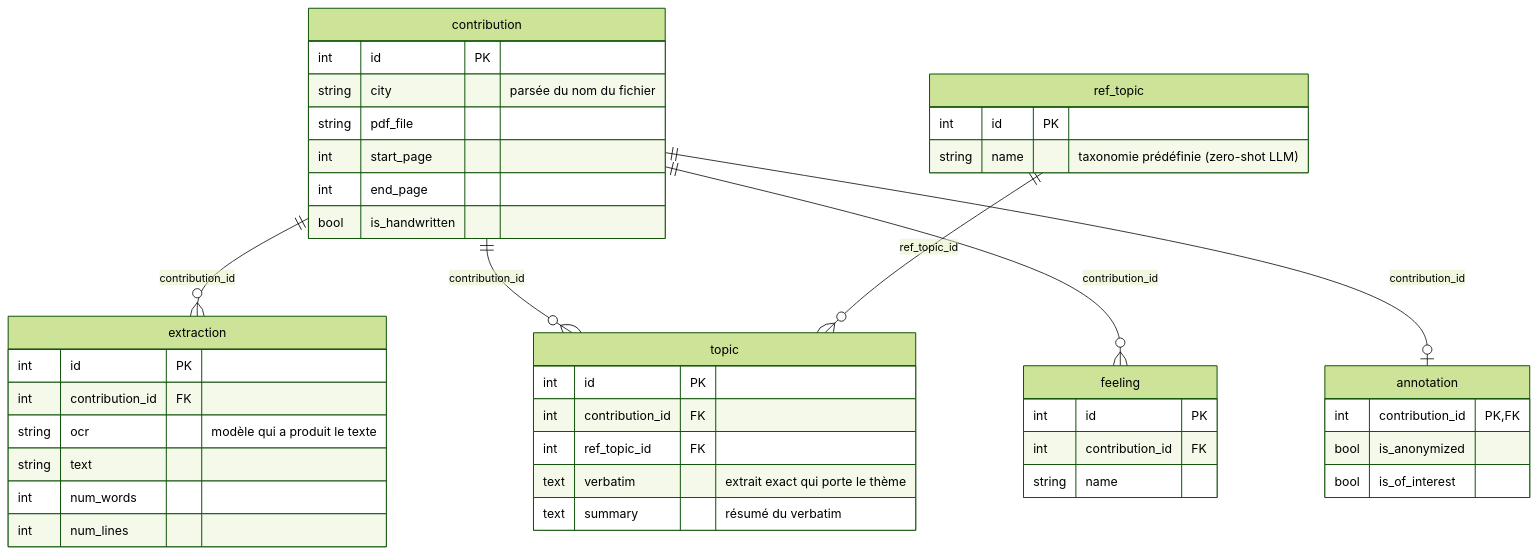
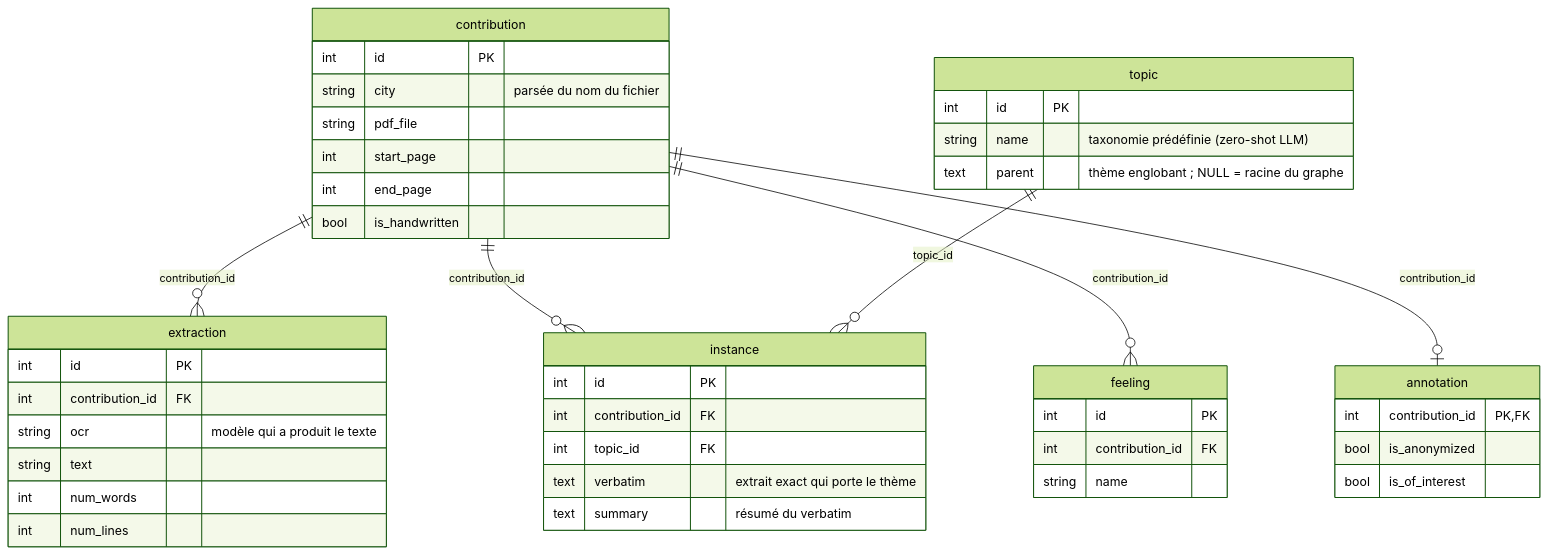
Before and after one commit to JBAujogue/cahier_doleances: the diagram in database/README.md, drawn with Mermaid (forest theme). The commit also changed other lines of this file and 6 other files, not shown here.

Commit message:
refactor: renomme topic->instance et ref_topic->topic, parent sur le référentiel

````diff
--- a/database/README.md
+++ b/database/README.md
@@ -5,46 +5,47 @@
 ```mermaid
 erDiagram
     contribution ||--o{ extraction : "contribution_id"
-    contribution ||--o{ topic : "contribution_id"
-    ref_topic ||--o{ topic : "ref_topic_id"
+    contribution ||--o{ instance : "contribution_id"
+    topic ||--o{ instance : "topic_id"
     contribution ||--o{ feeling : "contribution_id"
     contribution ||--o| annotation : "contribution_id"
 
     contribution {
         int id PK
         string city "parsée du nom du fichier"
         string pdf_file
         int start_page
         int end_page
         bool is_handwritten
     }
     extraction {
         int id PK
         int contribution_id FK
         string ocr "modèle qui a produit le texte"
         string text
         int num_words
         int num_lines
     }
-    ref_topic {
+    topic {
         int id PK
         string name "taxonomie prédéfinie (zero-shot LLM)"
+        text parent "thème englobant ; NULL = racine du graphe"
     }
-    topic {
+    instance {
         int id PK
         int contribution_id FK
-        int ref_topic_id FK
+        int topic_id FK
         text verbatim "extrait exact qui porte le thème"
         text summary "résumé du verbatim"
     }
     feeling {
         int id PK
         int contribution_id FK
         string name
     }
     annotation {
         int contribution_id PK, FK
         bool is_anonymized
         bool is_of_interest
     }
 ```
````
